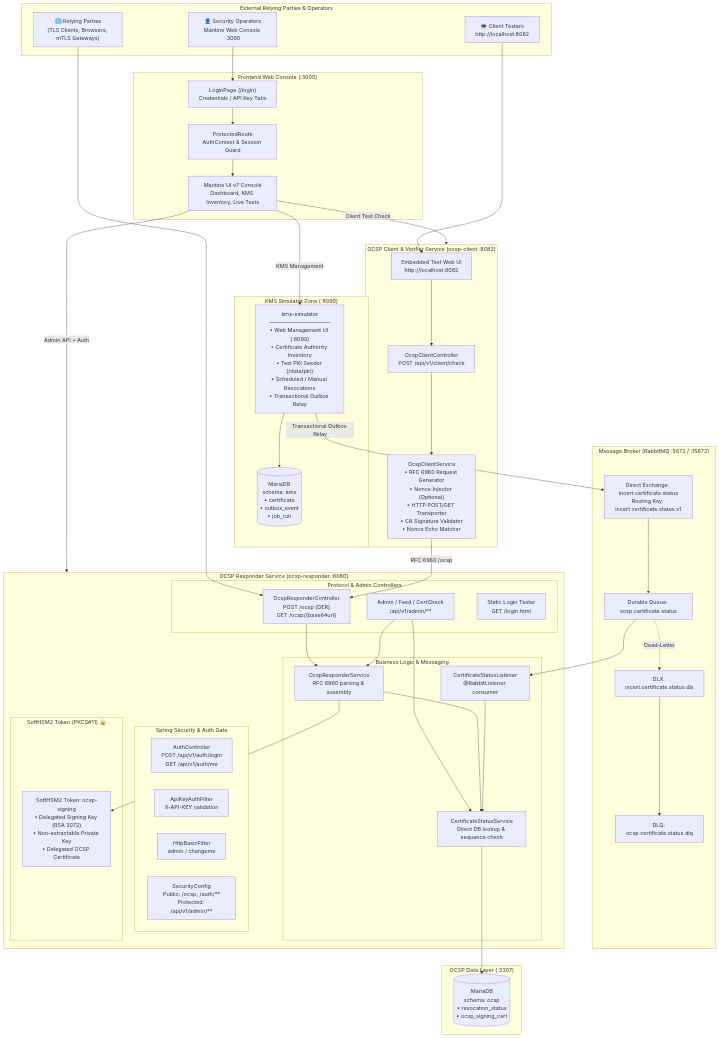
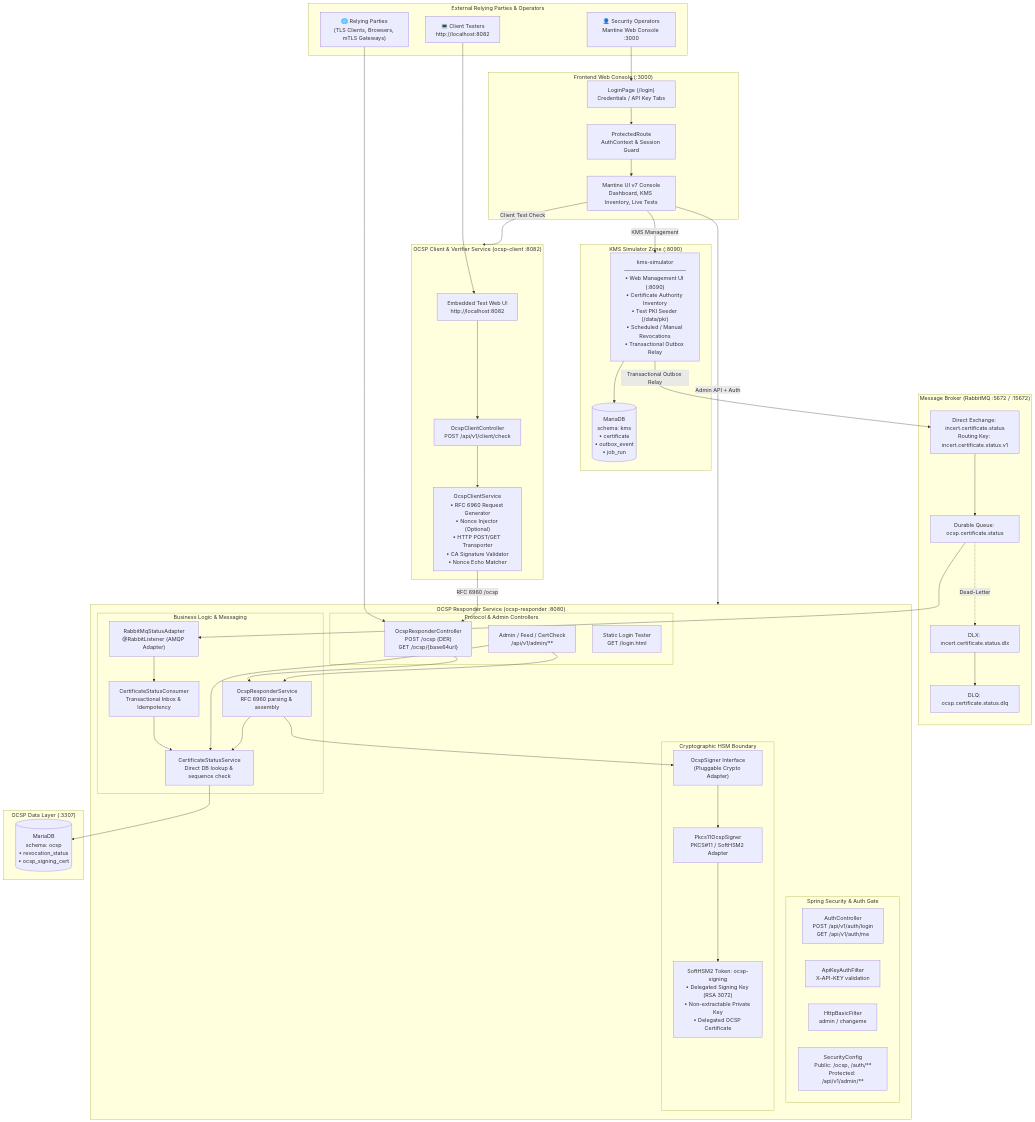
The first of 8 diagrams in ARCHITECTURE.md (Majdzapa/OCSP), drawn with Mermaid before and after one commit. The commit also changed other lines of this file and 47 other files, not shown here.

Commit message:
Refactor architecture: remove hexagonal boilerplate, introduce clean adapter interfaces for HSM and Messaging

```diff
--- a/ARCHITECTURE.md
+++ b/ARCHITECTURE.md
@@ -60,11 +60,18 @@
         subgraph RESP_SERVICES["Business Logic & Messaging"]
             RESP_SVC["OcspResponderService<br/>RFC 6960 parsing & assembly"]
             STATUS_SVC["CertificateStatusService<br/>Direct DB lookup & sequence check"]
-            LISTENER["CertificateStatusListener<br/>@RabbitListener consumer"]
+            CONSUMER["CertificateStatusConsumer<br/>Transactional Inbox & Idempotency"]
+            LISTENER["RabbitMqStatusAdapter<br/>@RabbitListener (AMQP Adapter)"]
+            LISTENER --> CONSUMER
+            CONSUMER --> STATUS_SVC
         end
 
-        subgraph HSM_ZONE["SoftHSM2 Token (PKCS#11) 🔒"]
+        subgraph HSM_ZONE["Cryptographic HSM Boundary"]
+            SIGNER_IFACE["OcspSigner Interface<br/>(Pluggable Crypto Adapter)"]
+            PKCS11_ADAPTER["Pkcs11OcspSigner<br/>PKCS#11 / SoftHSM2 Adapter"]
             TOKEN["SoftHSM2 Token: ocsp-signing<br/>• Delegated Signing Key (RSA 3072)<br/>• Non-extractable Private Key<br/>• Delegated OCSP Certificate"]
+            SIGNER_IFACE --> PKCS11_ADAPTER
+            PKCS11_ADAPTER --> TOKEN
         end
 
         RESP_CTRL --> RESP_SVC
@@ -72,8 +79,7 @@
         ADMIN_CTRL --> RESP_SVC
 
         RESP_SVC --> STATUS_SVC
-        RESP_SVC --> TOKEN
-        LISTENER --> STATUS_SVC
+        RESP_SVC --> SIGNER_IFACE
     end
 
     subgraph CLIENT_APP["OCSP Client & Verifier Service (ocsp-client :8082)"]
```
